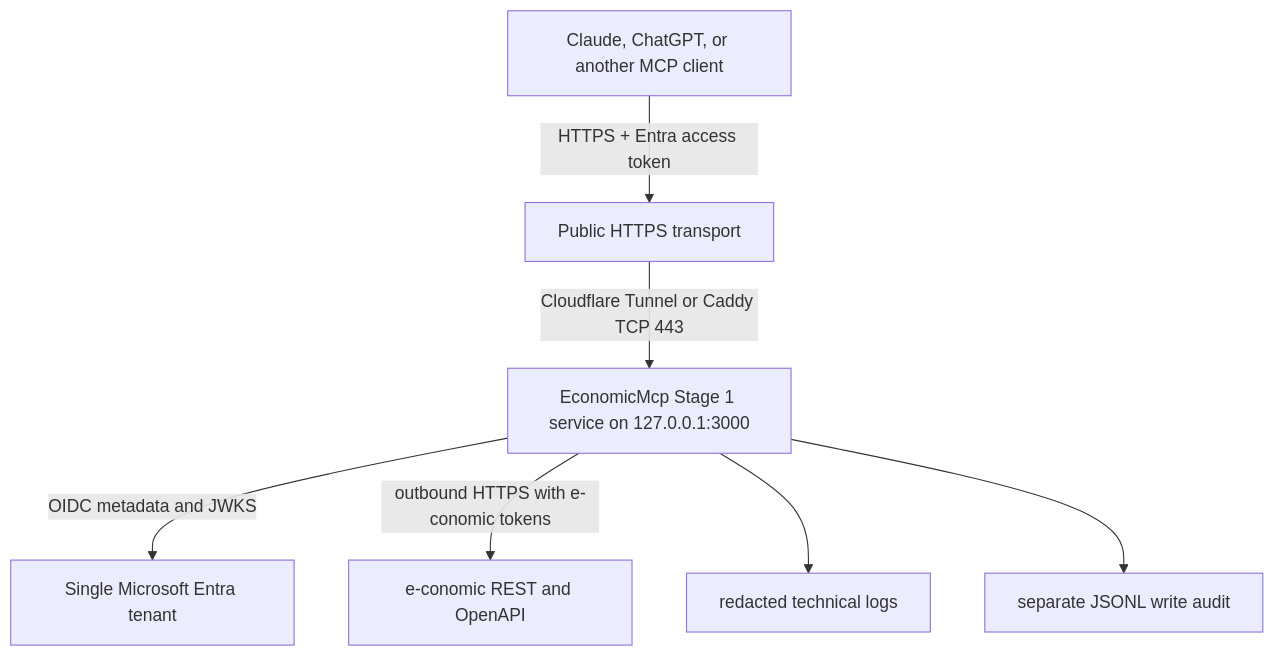
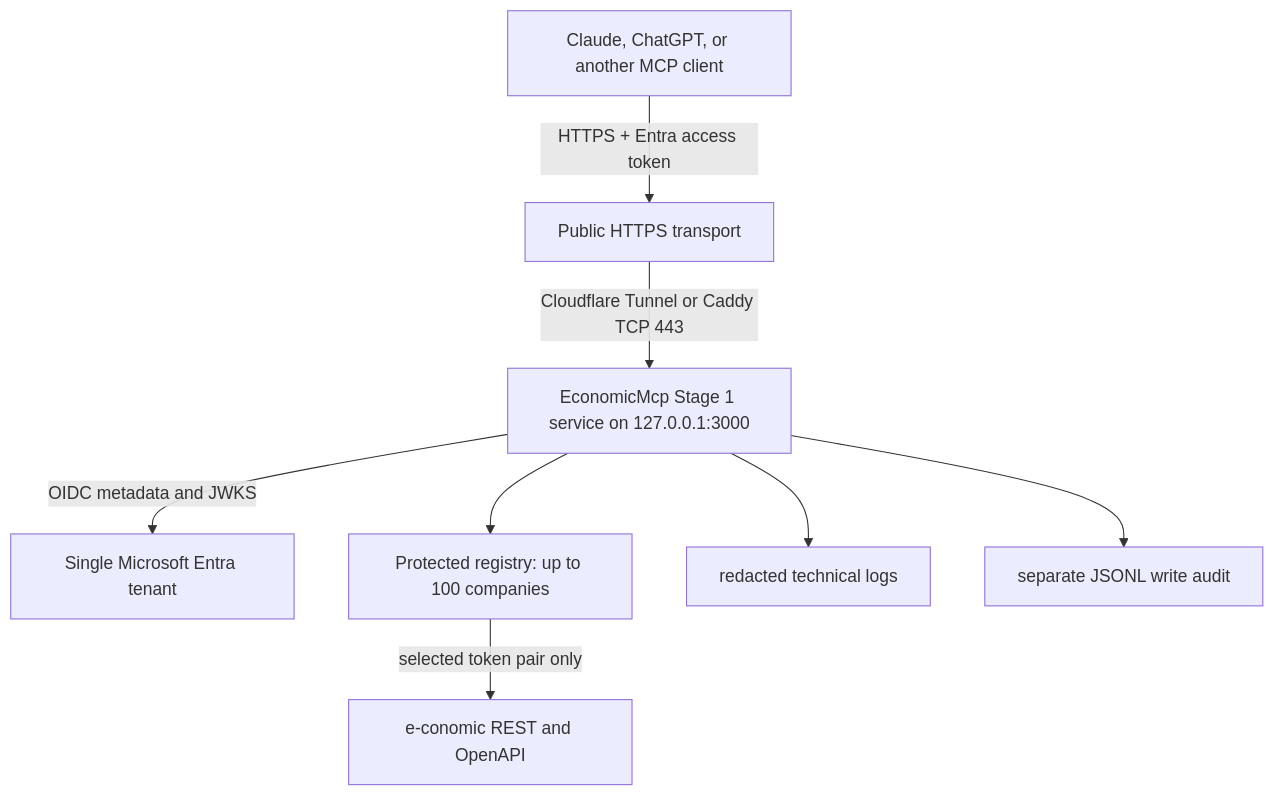
One commit to Bjarkevillumsen/mcp-server-e-conomic changed the diagram in docs/ARCHITECTURE.md. Above: the diagram before and after it, drawn with Mermaid. The commit also changed other lines of this file and 32 other files, not shown here.

````diff
--- a/docs/ARCHITECTURE.md
+++ b/docs/ARCHITECTURE.md
@@ -5,9 +5,10 @@
 ```mermaid
 flowchart TD
     Client["Claude, ChatGPT, or another MCP client"] -->|"HTTPS + Entra access token"| Edge["Public HTTPS transport"]
     Edge -->|"Cloudflare Tunnel or Caddy TCP 443"| MCP["EconomicMcp Stage 1 service on 127.0.0.1:3000"]
     MCP -->|"OIDC metadata and JWKS"| Entra["Single Microsoft Entra tenant"]
-    MCP -->|"outbound HTTPS with e-conomic tokens"| Economic["e-conomic REST and OpenAPI"]
+    MCP --> Registry["Protected registry: up to 100 companies"]
+    Registry -->|"selected token pair only"| Economic["e-conomic REST and OpenAPI"]
     MCP --> Logs["redacted technical logs"]
     MCP --> Audit["separate JSONL write audit"]
 ```
````
